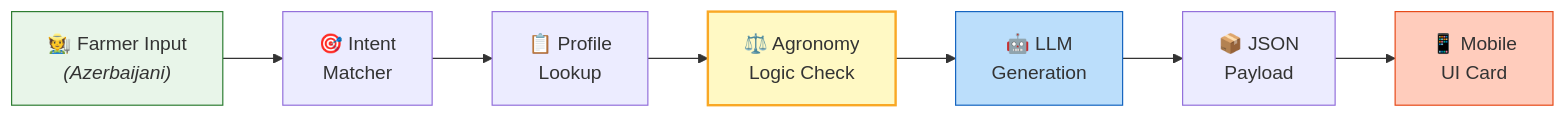
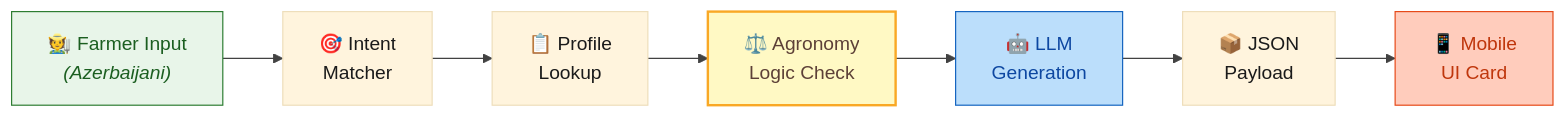
The fourth of 8 diagrams in docs/zekalab/01-MANIFESTO.md (Px8Studio/yonja), drawn with Mermaid before and after one commit. The commit also changed other lines of this file and 2 other files, not shown here.

Commit message:
Refine styling in architecture diagrams for improved clarity and consistency

````diff
--- a/docs/zekalab/01-MANIFESTO.md
+++ b/docs/zekalab/01-MANIFESTO.md
@@ -136,15 +138,16 @@
 ```mermaid
+%%{init: {'theme': 'base', 'themeVariables': { 'primaryTextColor': '#1a1a1a', 'lineColor': '#424242'}}}%%
 flowchart LR
     A["🧑‍🌾 Farmer Input<br/><i>(Azerbaijani)</i>"] 
     --> B["🎯 Intent<br/>Matcher"]
     --> C["📋 Profile<br/>Lookup"]
     --> D["⚖️ Agronomy<br/>Logic Check"]
     --> E["🤖 LLM<br/>Generation"]
     --> F["📦 JSON<br/>Payload"]
     --> G["📱 Mobile<br/>UI Card"]
     
-    style A fill:#e8f5e9,stroke:#2e7d32
-    style D fill:#fff9c4,stroke:#f9a825,stroke-width:2px
-    style E fill:#bbdefb,stroke:#1565c0
-    style G fill:#ffccbc,stroke:#e64a19
+    style A fill:#e8f5e9,stroke:#2e7d32,color:#1b5e20
+    style D fill:#fff9c4,stroke:#f9a825,stroke-width:2px,color:#5d4037
+    style E fill:#bbdefb,stroke:#1565c0,color:#0d47a1
+    style G fill:#ffccbc,stroke:#e64a19,color:#bf360c
 ```
````
